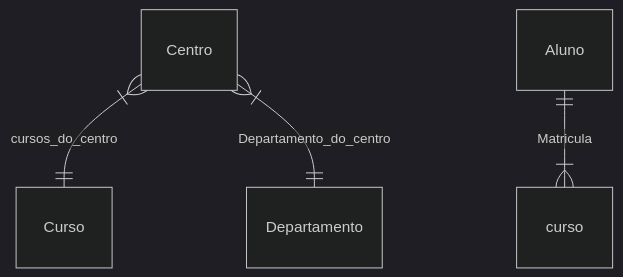
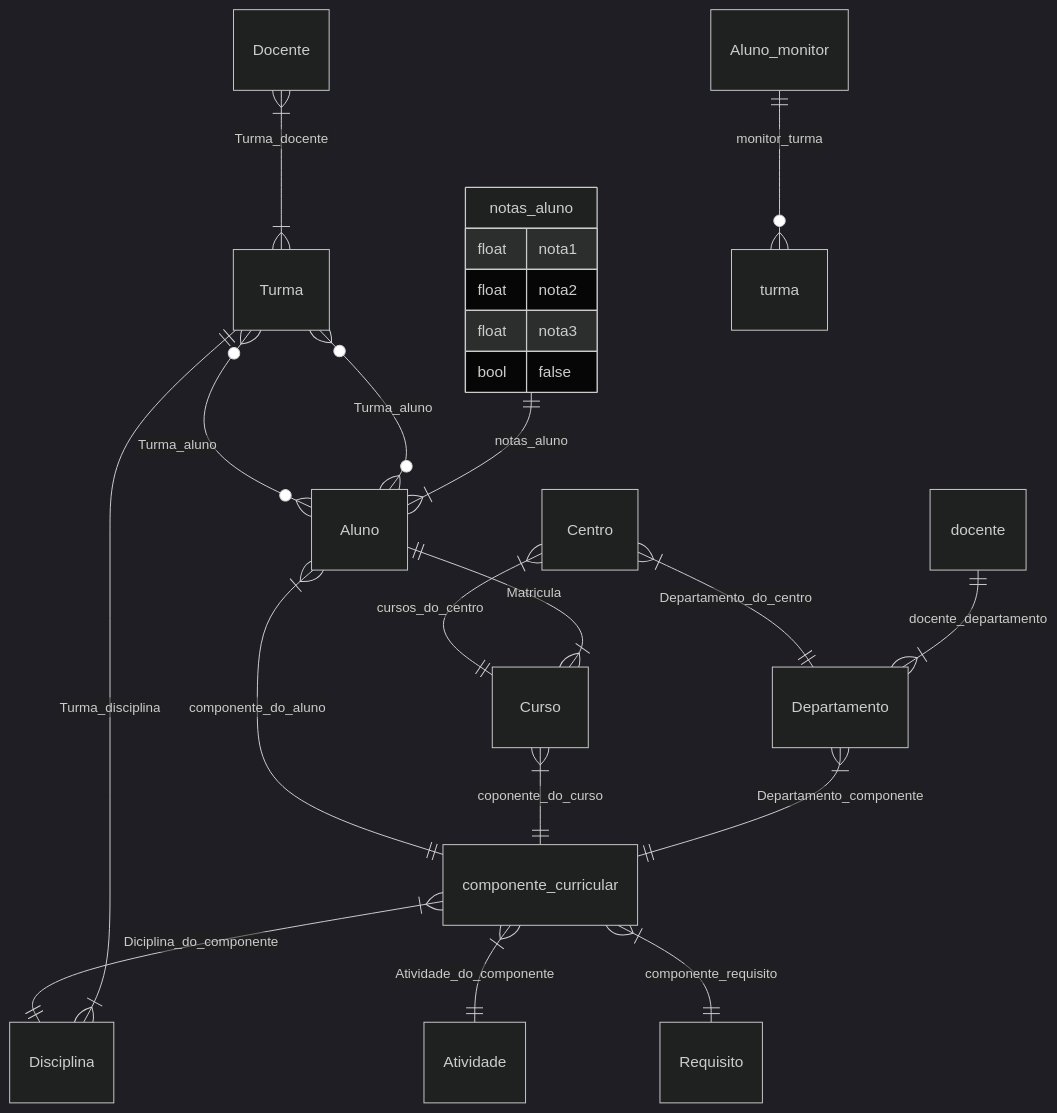
The diagram in model_mermaid/universidade.md (Matheusdnf/banco_de_dados), drawn with Mermaid (dark theme) before and after one commit.

Commit message:
diagrama de entidade e relacionamento completo universidade

````diff
--- a/model_mermaid/universidade.md
+++ b/model_mermaid/universidade.md
@@ -1,7 +1,26 @@
 ```mermaid
 erDiagram
 %%%caso for vários centros é de muito para muitos
+    notas_aluno{
+    float nota1
+    float nota2
+    float nota3
+    bool false
+    }
     Centro }|--|| Curso : cursos_do_centro
     Centro }|--|| Departamento : Departamento_do_centro
-    Aluno ||--|{ curso: Matricula
+    Aluno ||--|{ Curso: Matricula
+    Aluno }|--|| componente_curricular:componente_do_aluno
+    Curso }|--|| componente_curricular:coponente_do_curso
+    componente_curricular}|--||Disciplina:Diciplina_do_componente
+    componente_curricular}|--||Atividade:Atividade_do_componente
+    componente_curricular}|--||Requisito:componente_requisito
+    Departamento}|--||componente_curricular:Departamento_componente
+    Docente}|--|{Turma:Turma_docente
+    Turma}o--o{Aluno:Turma_aluno
+    Turma||--|{Disciplina:Turma_disciplina
+    Turma}o--o{Aluno:Turma_aluno
+    Aluno_monitor||--o{turma:monitor_turma
+    docente||--|{Departamento:docente_departamento
+    notas_aluno||--|{Aluno:notas_aluno
 ```
````
